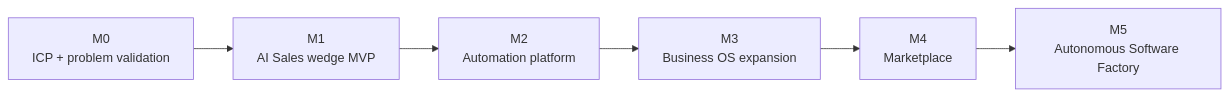
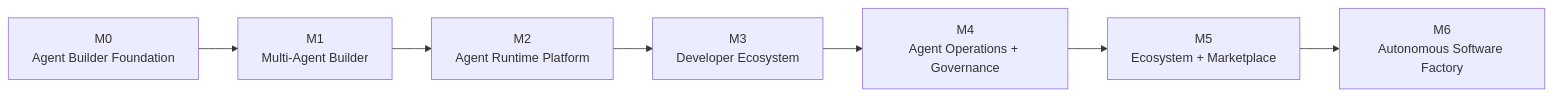
The diagram in docs/03-product-roadmap.md (mehranjanati/v2-vibe), drawn with Mermaid before and after one commit. The commit also changed other lines of this file and 29 other files, not shown here.

First line of the commit message:
docs(platform): agentic platform vision, M0-M6 roadmap, manifest schemas (P7.1)

````diff
--- a/docs/03-product-roadmap.md
+++ b/docs/03-product-roadmap.md
@@ -25,8 +30,9 @@
 ```mermaid
 flowchart LR
-    M0["M0<br/>ICP + problem validation"] --> M1["M1<br/>AI Sales wedge MVP"]
-    M1 --> M2["M2<br/>Automation platform"]
-    M2 --> M3["M3<br/>Business OS expansion"]
-    M3 --> M4["M4<br/>Marketplace"]
-    M4 --> M5["M5<br/>Autonomous Software Factory"]
+    M0["M0<br/>Agent Builder Foundation"] --> M1["M1<br/>Multi-Agent Builder"]
+    M1 --> M2["M2<br/>Agent Runtime Platform"]
+    M2 --> M3["M3<br/>Developer Ecosystem"]
+    M3 --> M4["M4<br/>Agent Operations + Governance"]
+    M4 --> M5["M5<br/>Ecosystem + Marketplace"]
+    M5 --> M6["M6<br/>Autonomous Software Factory"]
 ```
````
